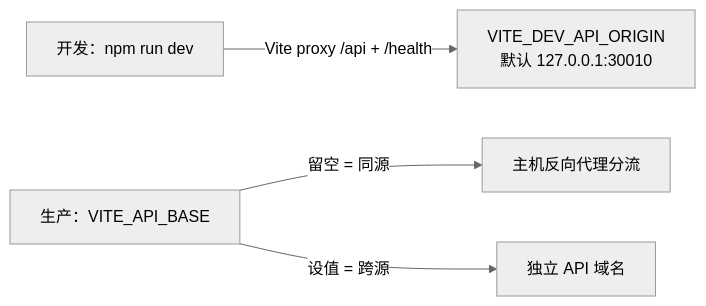
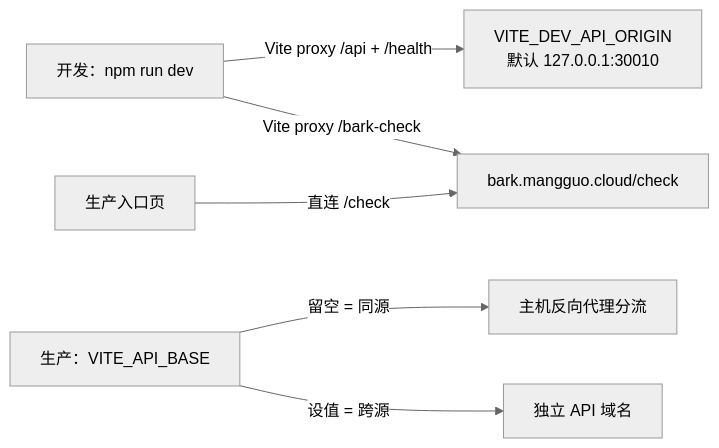
Before and after one commit to luyi2008/disaster-alert-web: the seventh of 8 diagrams in docs/architecture.md, drawn with Mermaid (neutral theme). The commit also changed other lines of this file and 21 other files, not shown here.

First line of the commit message:
feat: add Bark Key entry page before subscribe config

````diff
--- a/docs/architecture.md
+++ b/docs/architecture.md
@@ -323,6 +335,8 @@
 ```mermaid
 graph LR
     Dev["开发：npm run dev"] -->|"Vite proxy /api + /health"| DevAPI["VITE_DEV_API_ORIGIN<br/>默认 127.0.0.1:30010"]
+    Dev -->|"Vite proxy /bark-check"| BarkCheck["bark.mangguo.cloud/check"]
     Prod["生产：VITE_API_BASE"] -->|"留空 = 同源"| Reverse["主机反向代理分流"]
     Prod -->|"设值 = 跨源"| Cross["独立 API 域名"]
+    ProdEntry["生产入口页"] -->|"直连 /check"| BarkCheck
 ```
````
